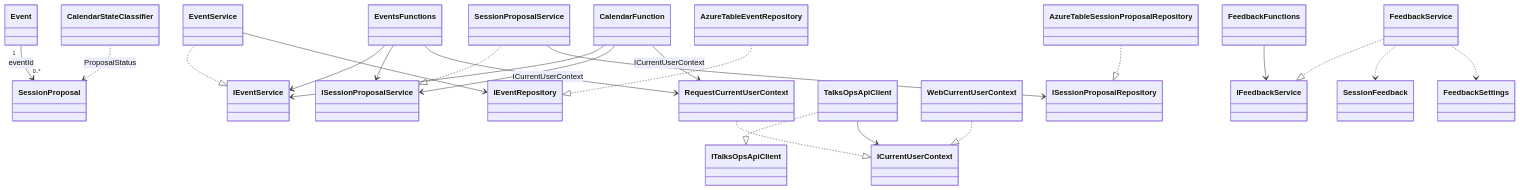
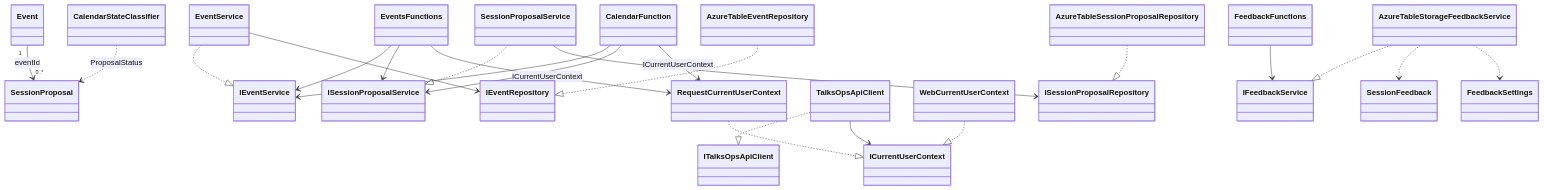
One commit to massimobonanni/TalksOps changed the diagram in src/README.md. Above: the diagram before and after it, drawn with Mermaid. The commit also changed 11 other files, not shown here.

First line of the commit message:
Refactor FeedbackService to AzureTableStorageFeedbackService and update related components

````diff
--- a/src/README.md
+++ b/src/README.md
@@ -18,49 +18,49 @@
 ```mermaid
 classDiagram
     class Event
     class SessionProposal
     class EventService
     class SessionProposalService
     class IEventService
     class ISessionProposalService
     class IEventRepository
     class ISessionProposalRepository
     class AzureTableEventRepository
     class AzureTableSessionProposalRepository
     class EventsFunctions
     class CalendarFunction
     class ITalksOpsApiClient
     class TalksOpsApiClient
     class ICurrentUserContext
     class WebCurrentUserContext
     class RequestCurrentUserContext
     class CalendarStateClassifier
     class FeedbackFunctions
     class IFeedbackService
-    class FeedbackService
+    class AzureTableStorageFeedbackService
     class SessionFeedback
     class FeedbackSettings
 
     Event "1" --> "0..*" SessionProposal : eventId
     EventService ..|> IEventService
     SessionProposalService ..|> ISessionProposalService
     EventService --> IEventRepository
     SessionProposalService --> ISessionProposalRepository
     AzureTableEventRepository ..|> IEventRepository
     AzureTableSessionProposalRepository ..|> ISessionProposalRepository
     EventsFunctions --> IEventService
     EventsFunctions --> ISessionProposalService
     CalendarFunction --> IEventService
     CalendarFunction --> ISessionProposalService
     TalksOpsApiClient ..|> ITalksOpsApiClient
     TalksOpsApiClient --> ICurrentUserContext
     WebCurrentUserContext ..|> ICurrentUserContext
     RequestCurrentUserContext ..|> ICurrentUserContext
     EventsFunctions --> RequestCurrentUserContext : ICurrentUserContext
     CalendarFunction --> RequestCurrentUserContext : ICurrentUserContext
     CalendarStateClassifier ..> SessionProposal : ProposalStatus
     FeedbackFunctions --> IFeedbackService
-    FeedbackService ..|> IFeedbackService
-    FeedbackService ..> SessionFeedback
-    FeedbackService ..> FeedbackSettings
+    AzureTableStorageFeedbackService ..|> IFeedbackService
+    AzureTableStorageFeedbackService ..> SessionFeedback
+    AzureTableStorageFeedbackService ..> FeedbackSettings
 ```
````
